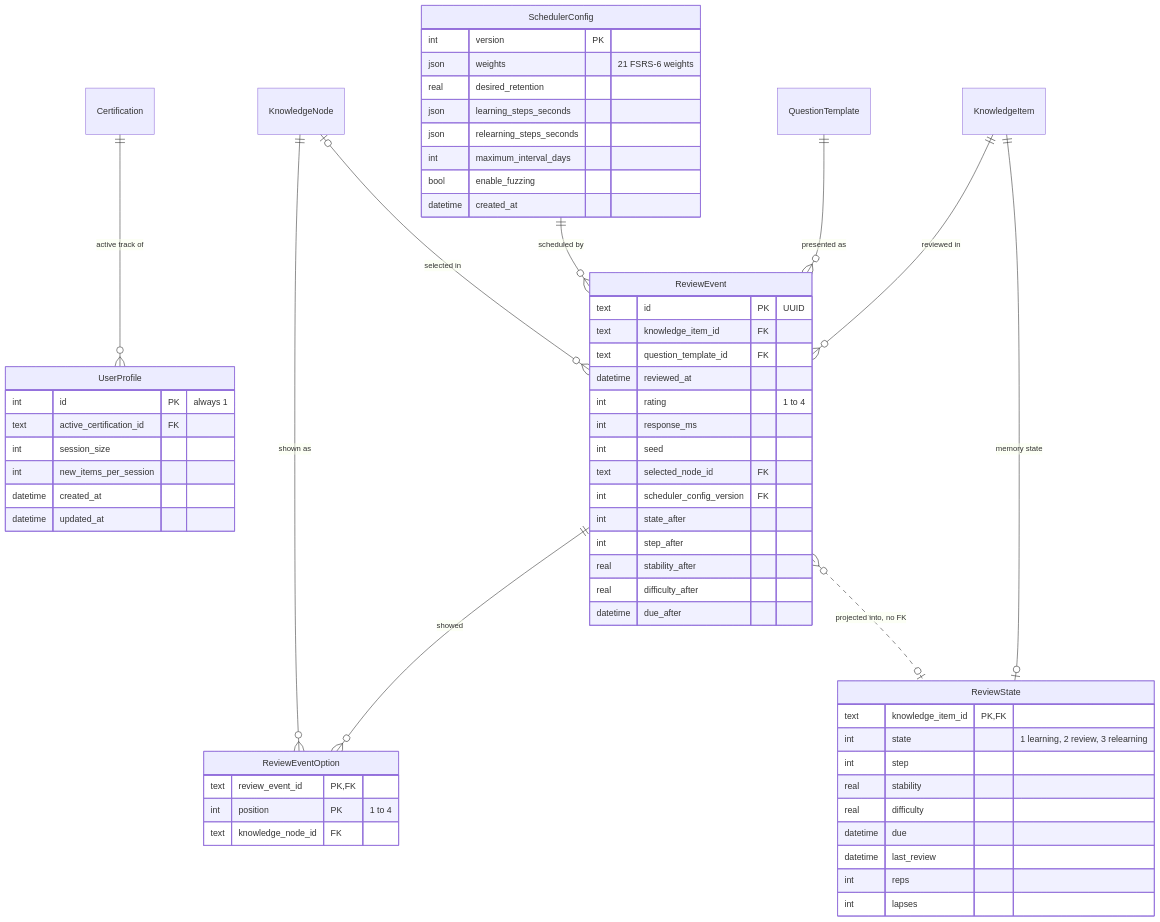
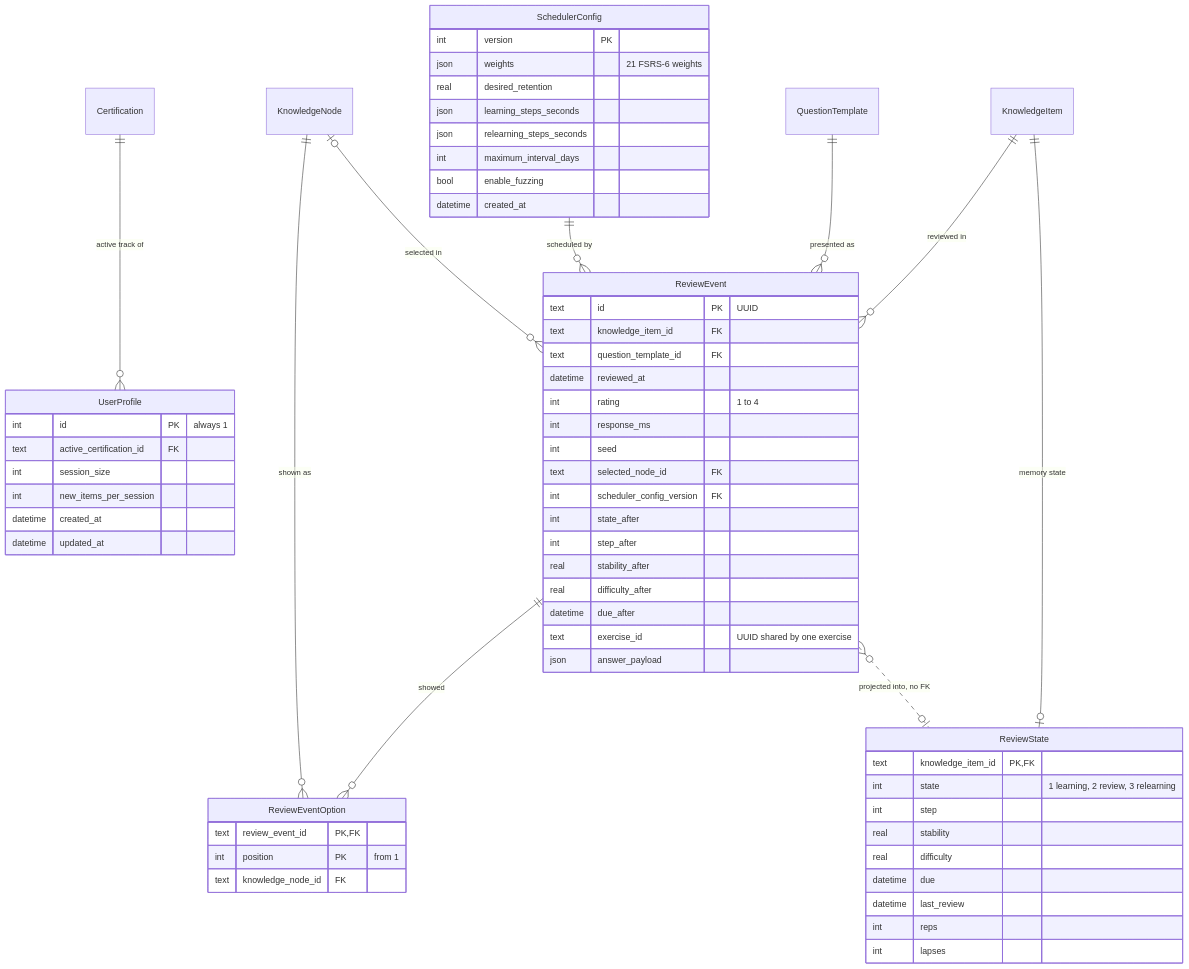
One commit to Xaiando/Mobile changed the sixth of 8 diagrams in docs/domain-model.md. Above: the diagram before and after it, drawn with Mermaid. The commit also changed other lines of this file and 6 other files, not shown here.

First line of the commit message:
Document schema v2

````diff
--- a/docs/domain-model.md
+++ b/docs/domain-model.md
@@ -318,62 +356,64 @@
 ```mermaid
 erDiagram
     UserProfile {
         int id PK "always 1"
         text active_certification_id FK
         int session_size
         int new_items_per_session
         datetime created_at
         datetime updated_at
     }
     SchedulerConfig {
         int version PK
         json weights "21 FSRS-6 weights"
         real desired_retention
         json learning_steps_seconds
         json relearning_steps_seconds
         int maximum_interval_days
         bool enable_fuzzing
         datetime created_at
     }
     ReviewState {
         text knowledge_item_id PK,FK
         int state "1 learning, 2 review, 3 relearning"
         int step
         real stability
         real difficulty
         datetime due
         datetime last_review
         int reps
         int lapses
     }
     ReviewEvent {
         text id PK "UUID"
         text knowledge_item_id FK
         text question_template_id FK
         datetime reviewed_at
         int rating "1 to 4"
         int response_ms
         int seed
         text selected_node_id FK
         int scheduler_config_version FK
         int state_after
         int step_after
         real stability_after
         real difficulty_after
         datetime due_after
+        text exercise_id "UUID shared by one exercise"
+        json answer_payload
     }
     ReviewEventOption {
         text review_event_id PK,FK
-        int position PK "1 to 4"
+        int position PK "from 1"
         text knowledge_node_id FK
     }
     Certification ||--o{ UserProfile : "active track of"
     KnowledgeItem ||--o| ReviewState : "memory state"
     KnowledgeItem ||--o{ ReviewEvent : "reviewed in"
     QuestionTemplate ||--o{ ReviewEvent : "presented as"
     SchedulerConfig ||--o{ ReviewEvent : "scheduled by"
     ReviewEvent ||--o{ ReviewEventOption : "showed"
     KnowledgeNode ||--o{ ReviewEventOption : "shown as"
     KnowledgeNode |o--o{ ReviewEvent : "selected in"
     ReviewEvent }o..o| ReviewState : "projected into, no FK"
 ```
````
